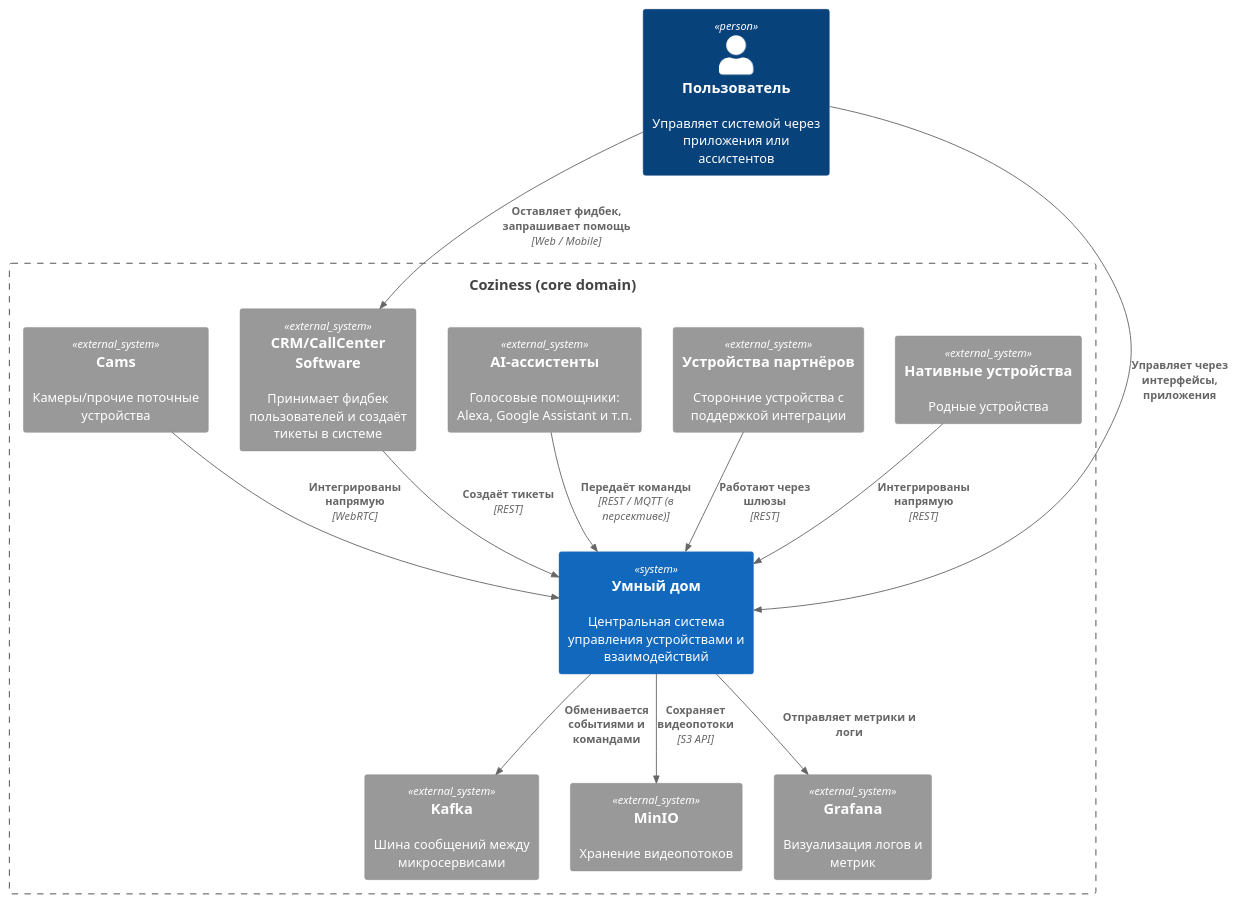
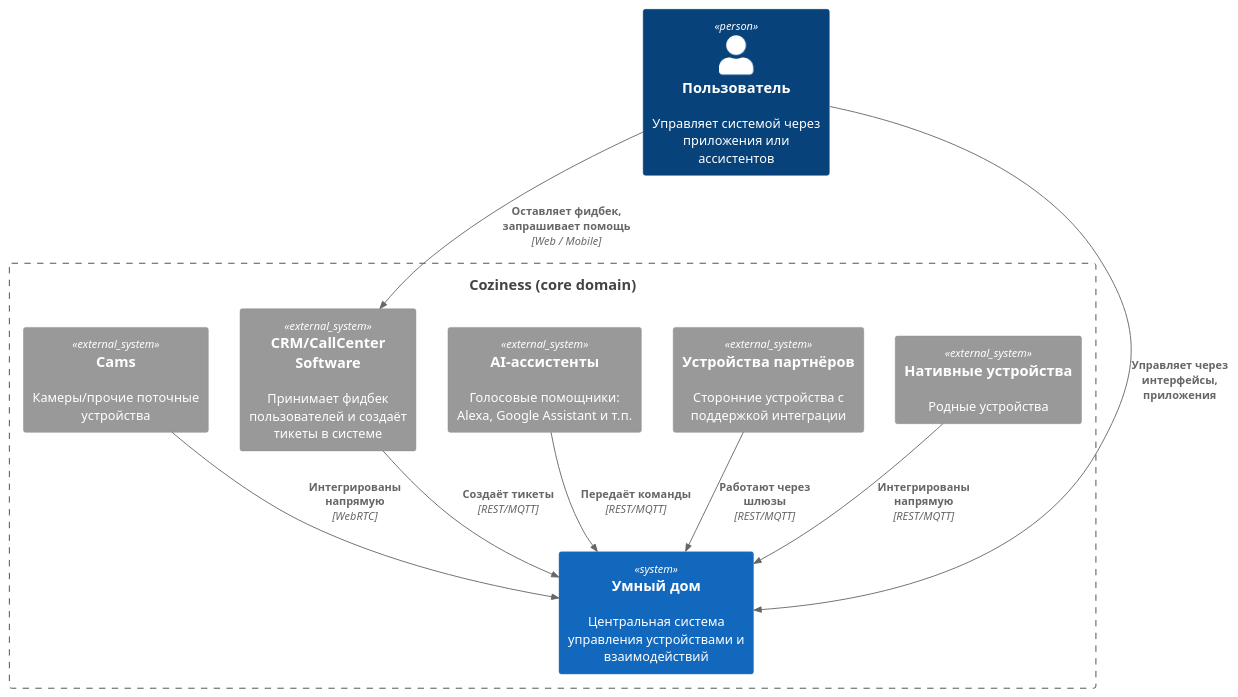
One commit to AZNDSergei/architecture-pro-warmhouse changed the diagram in schemas/to-be-context.puml. Above: the diagram before and after it, drawn with PlantUML. The commit also changed 18 other files, not shown here.

```diff
--- a/schemas/to-be-context.puml
+++ b/schemas/to-be-context.puml
@@ -1,31 +1,25 @@
 @startuml
 !includeurl https://raw.githubusercontent.com/plantuml-stdlib/C4-PlantUML/master/C4_Context.puml
 
 Person(user, "Пользователь", "Управляет системой через приложения или ассистентов")
 
 Boundary(coziness, "Coziness (core domain)") {
 
     System(system, "Умный дом", "Центральная система управления устройствами и взаимодействий")
 
     System_Ext(nativeDevices, "Нативные устройства", "Родные устройства")
     System_Ext(partnerDevices, "Устройства партнёров", "Сторонние устройства с поддержкой интеграции")
     System_Ext(voiceAssistant, "AI-ассистенты", "Голосовые помощники: Alexa, Google Assistant и т.п.")
     System_Ext(feedbackSystem, "СRM/CallCenter Software", "Принимает фидбек пользователей и создаёт тикеты в системе")
-    System_Ext(kafka, "Kafka", "Шина сообщений между микросервисами")
     System_Ext(cams, "Cams", "Камеры/прочие поточные устройства")
-    System_Ext(minio, "MinIO", "Хранение видеопотоков")
-    System_Ext(grafana, "Grafana", "Визуализация логов и метрик")
 
     Rel(user, system, "Управляет через интерфейсы, приложения")
-    Rel(voiceAssistant, system, "Передаёт команды", "REST / MQTT (в персективе)")
-    Rel(nativeDevices, system, "Интегрированы напрямую", "REST")
+    Rel(voiceAssistant, system, "Передаёт команды", "REST/MQTT")
+    Rel(nativeDevices, system, "Интегрированы напрямую", "REST/MQTT")
     Rel(cams, system, "Интегрированы напрямую", "WebRTC")
-    Rel(partnerDevices, system, "Работают через шлюзы", "REST")
-    Rel(system, kafka, "Обменивается событиями и командами")
-    Rel(system, minio, "Сохраняет видеопотоки", "S3 API")
-    Rel(system, grafana, "Отправляет метрики и логи")
+    Rel(partnerDevices, system, "Работают через шлюзы", "REST/MQTT")
     Rel(user, feedbackSystem, "Оставляет фидбек, запрашивает помощь", "Web / Mobile")
-    Rel(feedbackSystem, system, "Создаёт тикеты", "REST")
+    Rel(feedbackSystem, system, "Создаёт тикеты", "REST/MQTT")
 
 }
 @enduml
```
